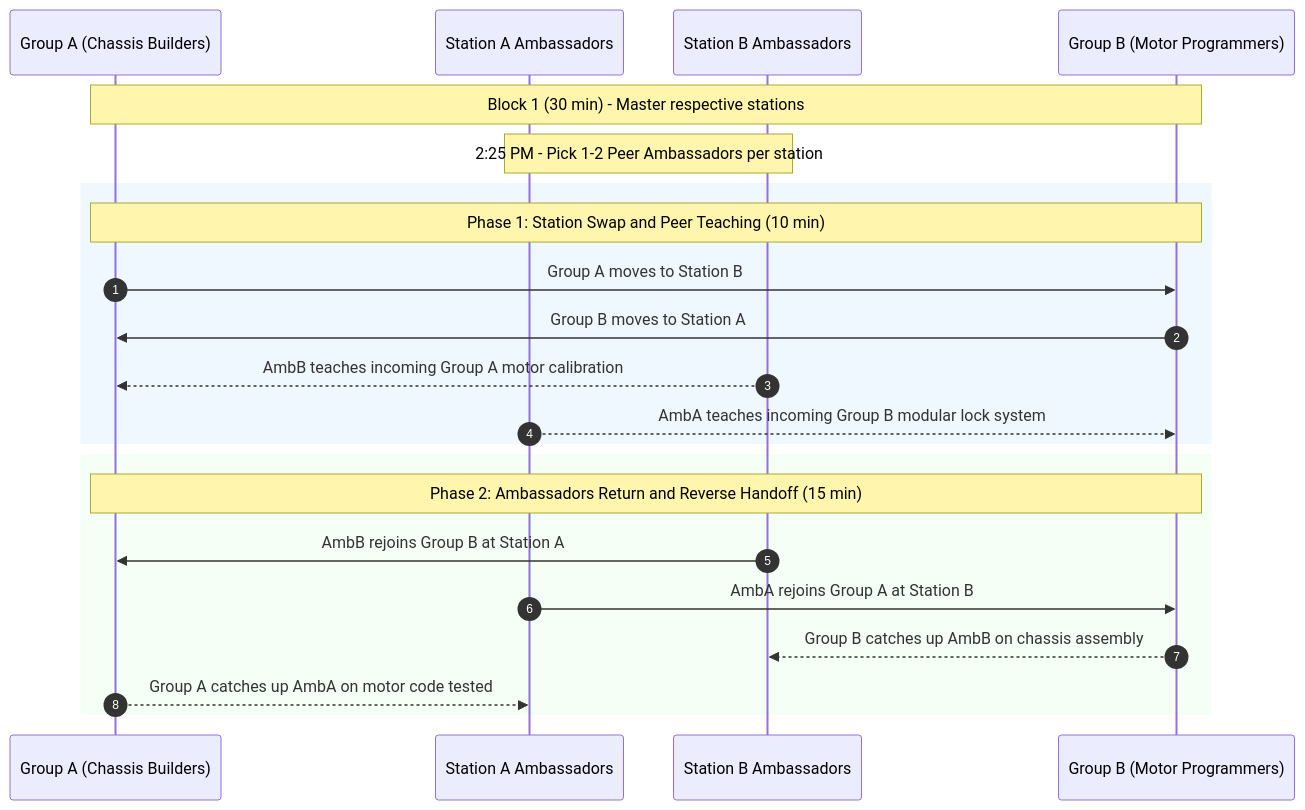
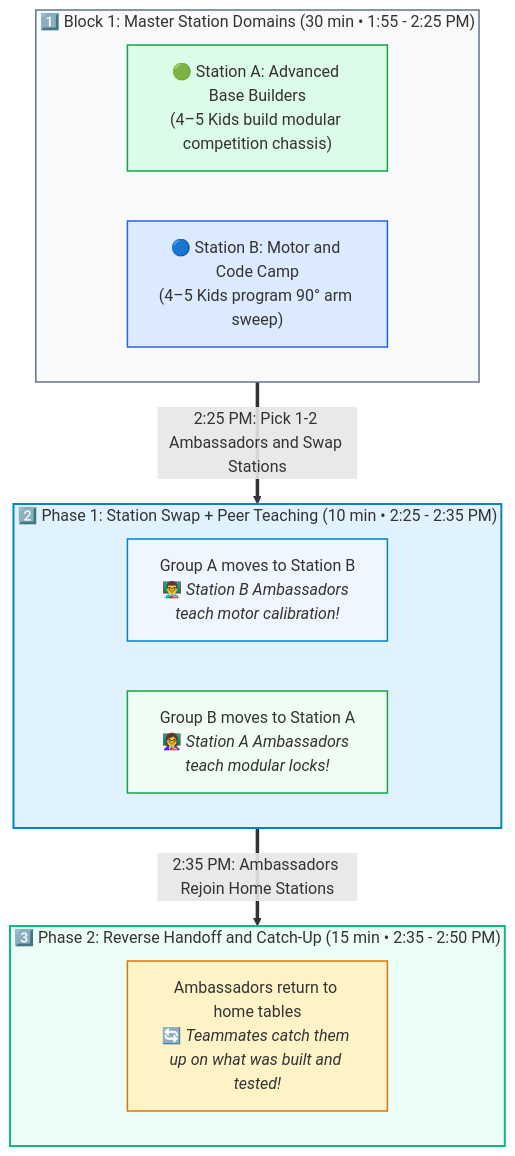
Before and after one commit to jaimeyu/FLL_76265_2026_BIOGLOW: the second of 3 diagrams in doc/mentors/plan/2026-sept-26.md, drawn with Mermaid. The commit also changed other lines of this file, not shown here.

Commit message:
updating plan for tomorrow

````diff
--- a/doc/mentors/plan/2026-sept-26.md
+++ b/doc/mentors/plan/2026-sept-26.md
@@ -160,27 +160,31 @@
 ```mermaid
-sequenceDiagram
-    autonumber
-    participant A as Group A (Chassis Builders)
-    participant AmbA as Station A Ambassadors
-    participant AmbB as Station B Ambassadors
-    participant B as Group B (Motor Programmers)
-
-    Note over A,B: Block 1 (30 min) - Master respective stations
-    Note over AmbA,AmbB: 2:25 PM - Pick 1-2 Peer Ambassadors per station
-
-    rect rgb(240, 248, 255)
-        Note over A,B: Phase 1: Station Swap and Peer Teaching (10 min)
-        A->>B: Group A moves to Station B
-        B->>A: Group B moves to Station A
-        AmbB-->>A: AmbB teaches incoming Group A motor calibration
-        AmbA-->>B: AmbA teaches incoming Group B modular lock system
+flowchart TD
+    subgraph S1["1️⃣ Block 1: Master Station Domains (30 min • 1:55 - 2:25 PM)"]
+        direction LR
+        A1["🟢 Station A: Advanced Base Builders<br/>(4–5 Kids build modular competition chassis)"]
+        B1["🔵 Station B: Motor and Code Camp<br/>(4–5 Kids program 90° arm sweep)"]
     end
 
-    rect rgb(245, 255, 245)
-        Note over A,B: Phase 2: Ambassadors Return and Reverse Handoff (15 min)
-        AmbB->>A: AmbB rejoins Group B at Station A
-        AmbA->>B: AmbA rejoins Group A at Station B
-        B-->>AmbB: Group B catches up AmbB on chassis assembly
-        A-->>AmbA: Group A catches up AmbA on motor code tested
+    subgraph S2["2️⃣ Phase 1: Station Swap + Peer Teaching (10 min • 2:25 - 2:35 PM)"]
+        direction LR
+        SwapA["Group A moves to Station B<br/>👨‍🏫 <i>Station B Ambassadors teach motor calibration!</i>"]
+        SwapB["Group B moves to Station A<br/>👩‍🏫 <i>Station A Ambassadors teach modular locks!</i>"]
     end
+
+    subgraph S3["3️⃣ Phase 2: Reverse Handoff and Catch-Up (15 min • 2:35 - 2:50 PM)"]
+        direction LR
+        Rev["Ambassadors return to home tables<br/>🔄 <i>Teammates catch them up on what was built and tested!</i>"]
+    end
+
+    S1 ==>|2:25 PM: Pick 1-2 Ambassadors and Swap Stations| S2
+    S2 ==>|2:35 PM: Ambassadors Rejoin Home Stations| S3
+
+    style S1 fill:#f8fafc,stroke:#64748b,stroke-width:1.5px;
+    style S2 fill:#e0f2fe,stroke:#0284c7,stroke-width:2px;
+    style S3 fill:#ecfdf5,stroke:#10b981,stroke-width:2px;
+    style A1 fill:#dcfce7,stroke:#16a34a,stroke-width:1.5px;
+    style B1 fill:#dbeafe,stroke:#2563eb,stroke-width:1.5px;
+    style SwapA fill:#eff6ff,stroke:#0284c7,stroke-width:1.5px;
+    style SwapB fill:#f0fdf4,stroke:#16a34a,stroke-width:1.5px;
+    style Rev fill:#fef3c7,stroke:#d97706,stroke-width:1.5px;
 ```
````
